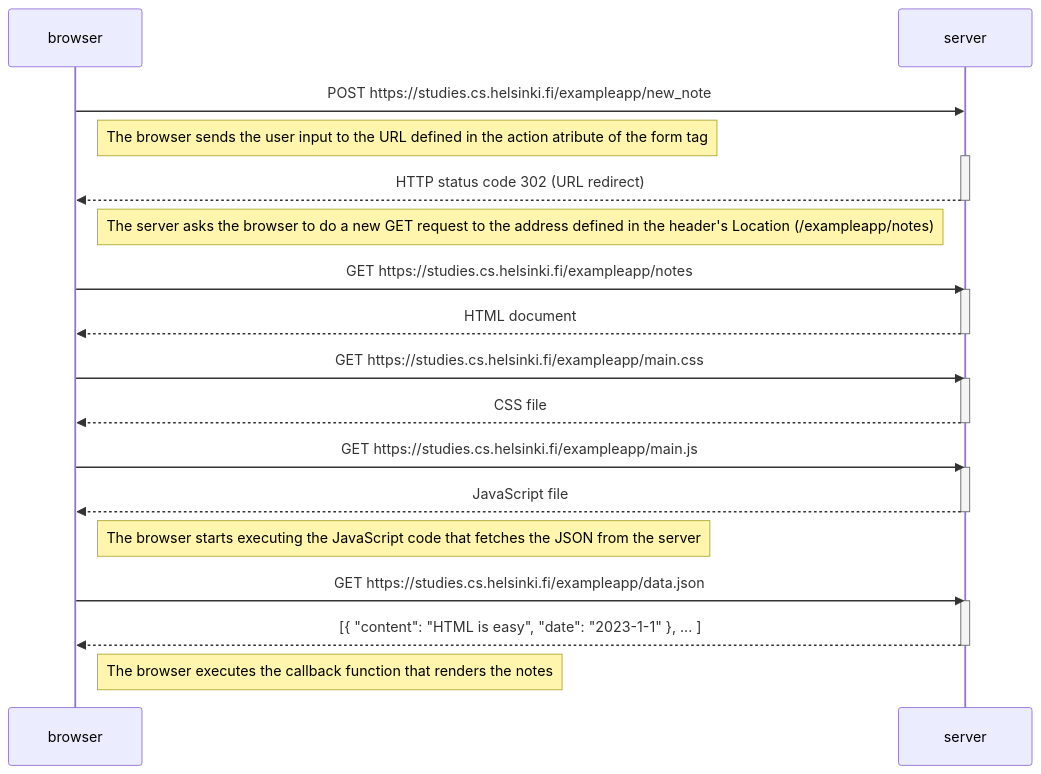
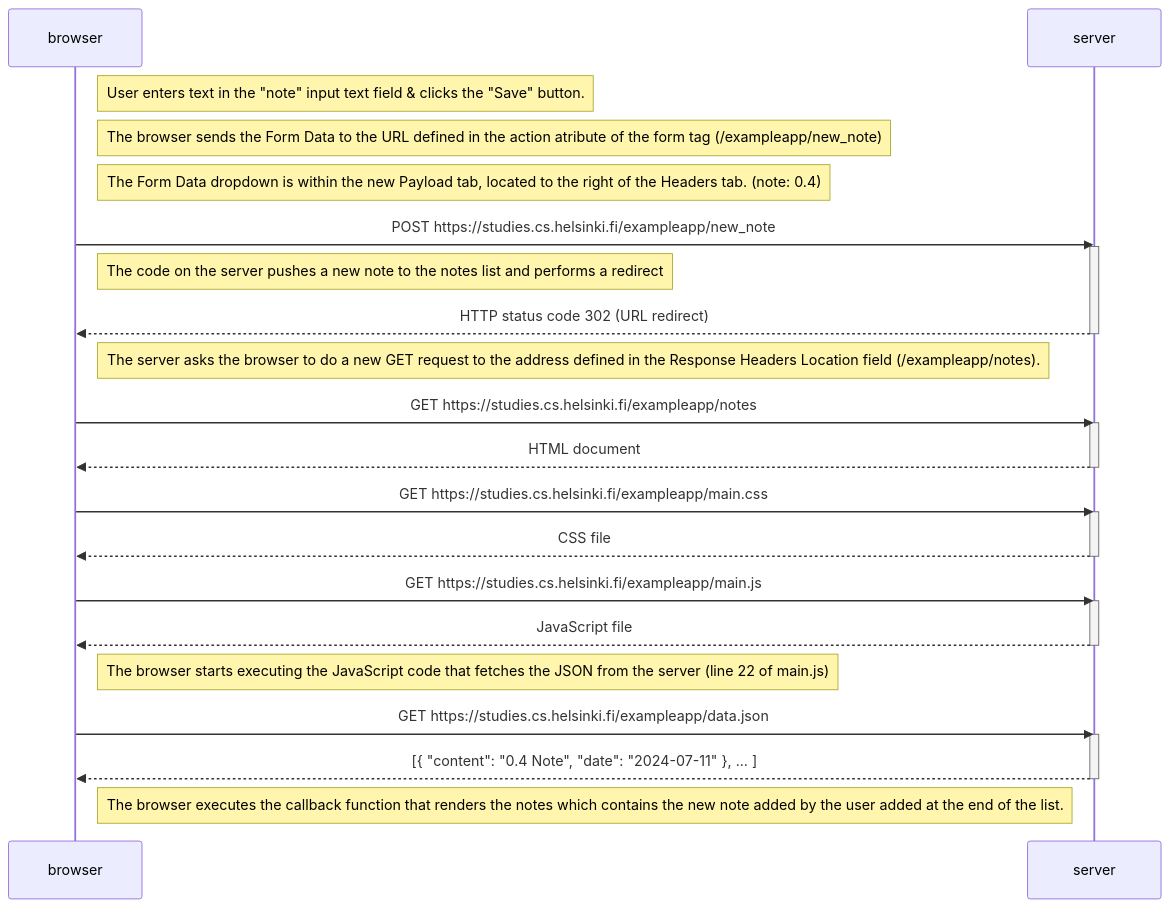
One commit to codesaure/full-stack-web-development changed the diagram in part0/0.4 New note diagram.md. Above: the diagram before and after it, drawn with Mermaid. The commit also changed 2 other files, not shown here.

Commit message:
Finished Part 0 Diagram Exercises

````diff
--- a/part0/0.4 New note diagram.md
+++ b/part0/0.4 New note diagram.md
@@ -4,37 +4,38 @@
 ```mermaid
 sequenceDiagram
     participant browser
     participant server
 
+    Note right of browser: User enters text in the "note" input text field & clicks the "Save" button.
+    Note right of browser: The browser sends the Form Data to the URL defined in the action atribute of the form tag (/exampleapp/new_note)
+    Note right of browser: The Form Data dropdown is within the new Payload tab, located to the right of the Headers tab. (note: 0.4)
+
     browser->>server: POST https://studies.cs.helsinki.fi/exampleapp/new_note
-    Note right of browser: The browser sends the user input to the URL defined in the action atribute of the form tag
     activate server
+    Note right of browser: The code on the server pushes a new note to the notes list and performs a redirect
     server-->>browser: HTTP status code 302 (URL redirect)
     deactivate server
-    Note left of server: The server asks the browser to do a new GET request to the address defined in the header's Location (/exampleapp/notes)
-    
+    Note right of browser: The server asks the browser to do a new GET request to the address defined in the Response Headers Location field (/exampleapp/notes).
 
     browser->>server: GET https://studies.cs.helsinki.fi/exampleapp/notes
     activate server
     server-->>browser: HTML document
     deactivate server
 
     browser->>server: GET https://studies.cs.helsinki.fi/exampleapp/main.css
     activate server
     server-->>browser: CSS file
     deactivate server
 
     browser->>server: GET https://studies.cs.helsinki.fi/exampleapp/main.js
     activate server
     server-->>browser: JavaScript file
     deactivate server
-
-    Note right of browser: The browser starts executing the JavaScript code that fetches the JSON from the server
-
+    Note right of browser: The browser starts executing the JavaScript code that fetches the JSON from the server (line 22 of main.js)
+    
     browser->>server: GET https://studies.cs.helsinki.fi/exampleapp/data.json
     activate server
-    server-->>browser: [{ "content": "HTML is easy", "date": "2023-1-1" }, ... ]
+    server-->>browser: [{ "content": "0.4 Note", "date": "2024-07-11" }, ... ]
     deactivate server
-
-    Note right of browser: The browser executes the callback function that renders the notes
+    Note right of browser: The browser executes the callback function that renders the notes which contains the new note added by the user added at the end of the list.
 ```
````
